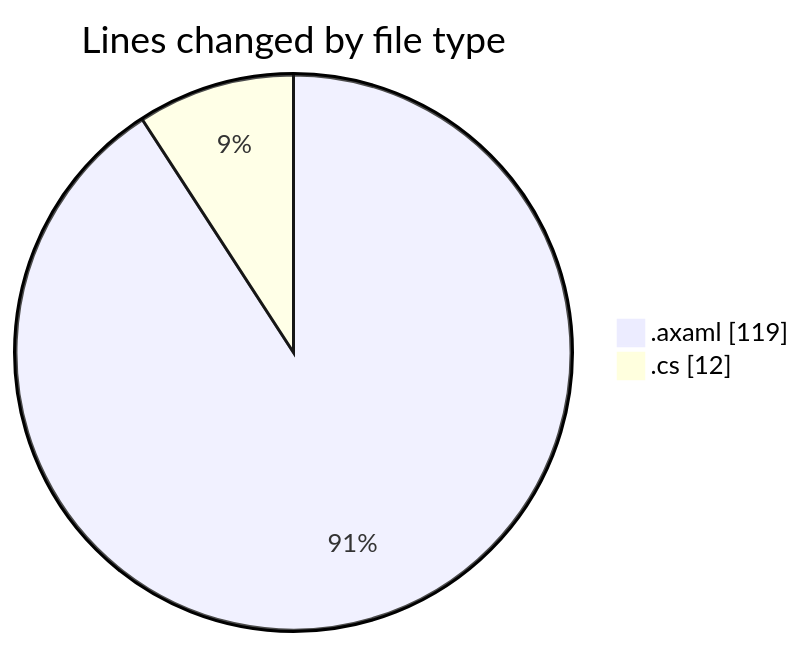
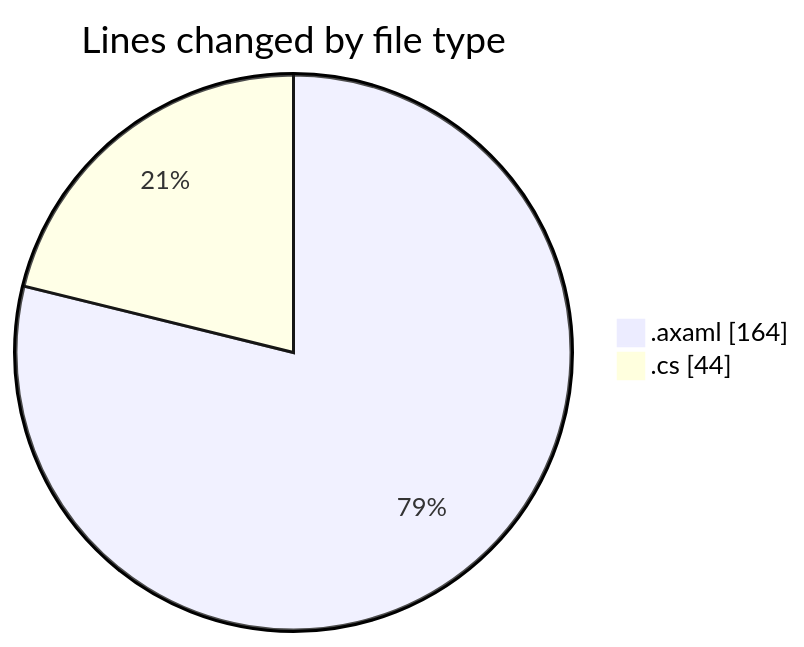
The first of 2 diagrams in 2025-10-24/skintrack/README.md (Netris89/code-tracking), drawn with Mermaid before and after one commit. The commit also changed other lines of this file and 1 other file, not shown here.

````diff
--- a/2025-10-24/skintrack/README.md
+++ b/2025-10-24/skintrack/README.md
@@ -22,6 +22,6 @@
 ```mermaid
 pie showData
 title Lines changed by file type
-".axaml" : 119
-".cs" : 12
+".axaml" : 164
+".cs" : 44
 ```
````
